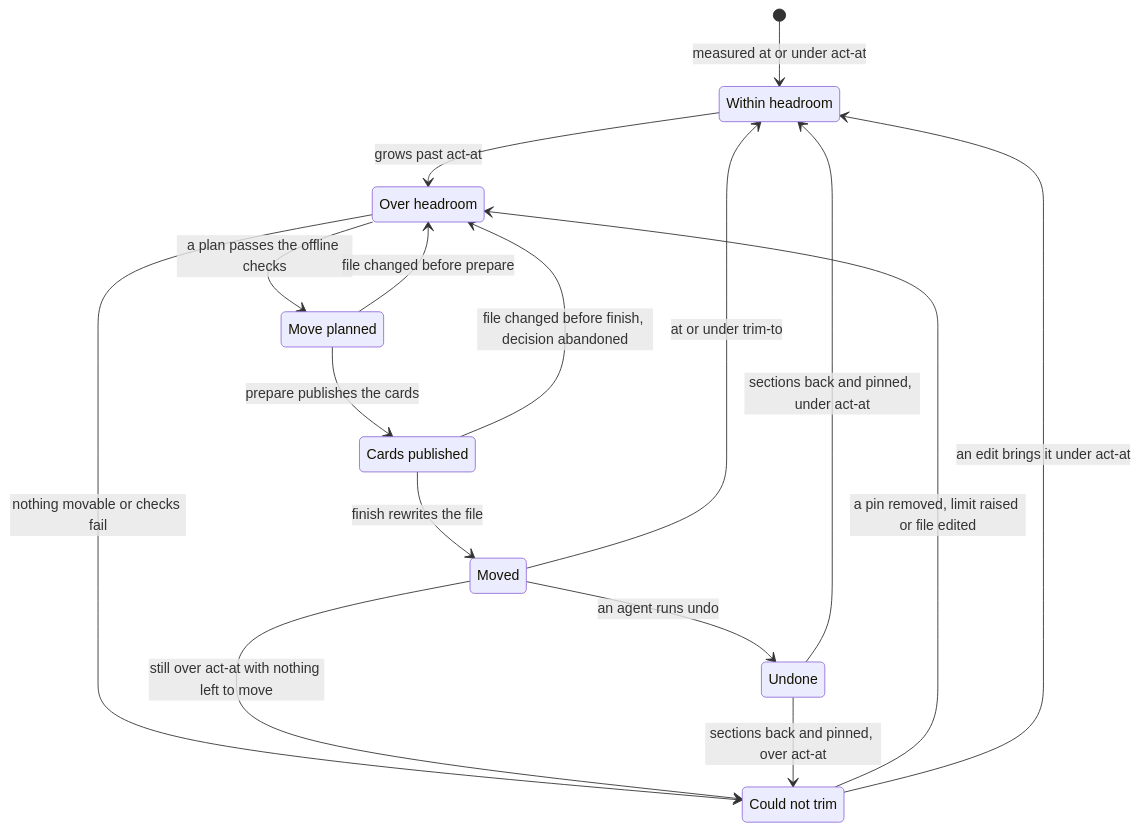
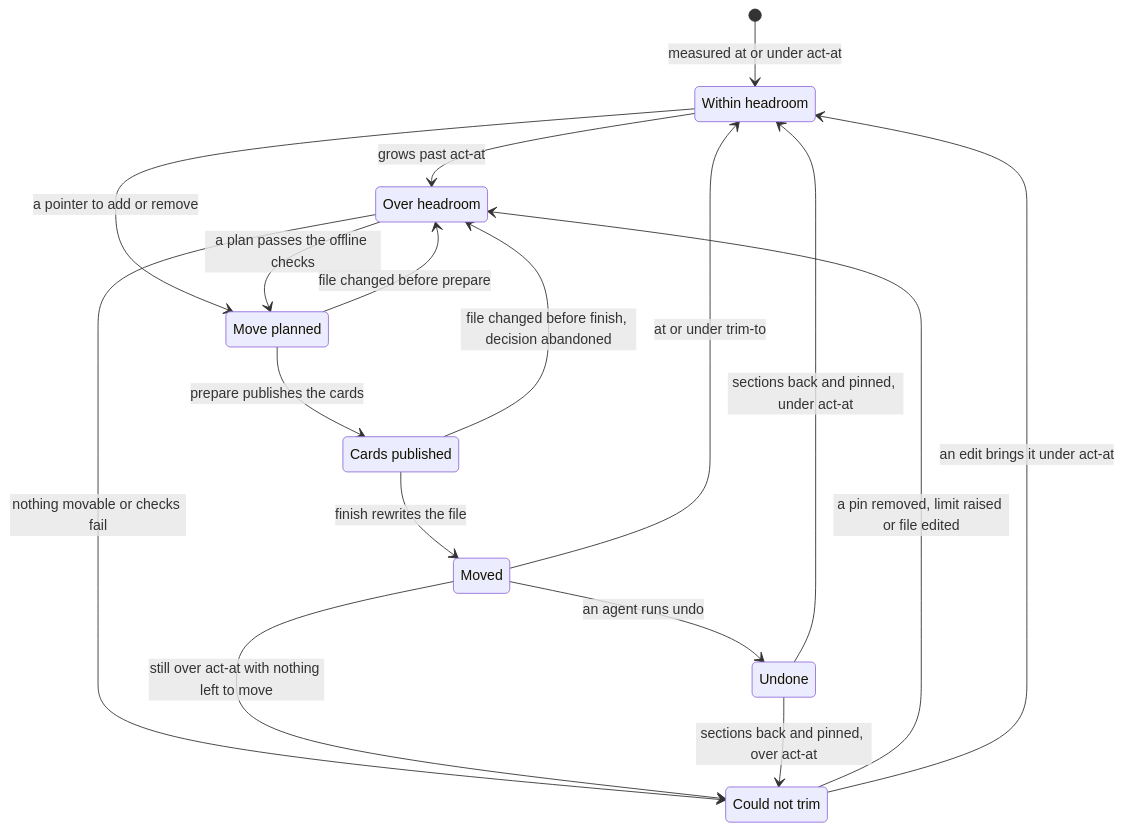
One commit to escoffier-labs/brigade changed the third of 3 diagrams in docs/superpowers/specs/2026-11-13-instruction-budget-care-design.md. Above: the diagram before and after it, drawn with Mermaid. The commit also changed other lines of this file, not shown here.

````diff
--- a/docs/superpowers/specs/2026-11-13-instruction-budget-care-design.md
+++ b/docs/superpowers/specs/2026-11-13-instruction-budget-care-design.md
@@ -1000,25 +1186,26 @@
 ```mermaid
 stateDiagram-v2
   state "Within headroom" as Within
   state "Over headroom" as Over
   state "Move planned" as Planned
   state "Cards published" as Cards
   state "Moved" as Moved
   state "Could not trim" as Stuck
   state "Undone" as Undone
   [*] --> Within: measured at or under act-at
   Within --> Over: grows past act-at
+  Within --> Planned: a pointer to add or remove
   Over --> Planned: a plan passes the offline checks
   Over --> Stuck: nothing movable or checks fail
   Planned --> Over: file changed before prepare
   Planned --> Cards: prepare publishes the cards
   Cards --> Over: file changed before finish, decision abandoned
   Cards --> Moved: finish rewrites the file
   Moved --> Within: at or under trim-to
   Moved --> Stuck: still over act-at with nothing left to move
   Stuck --> Over: a pin removed, limit raised or file edited
   Stuck --> Within: an edit brings it under act-at
   Moved --> Undone: an agent runs undo
   Undone --> Within: sections back and pinned, under act-at
   Undone --> Stuck: sections back and pinned, over act-at
 ```
````
